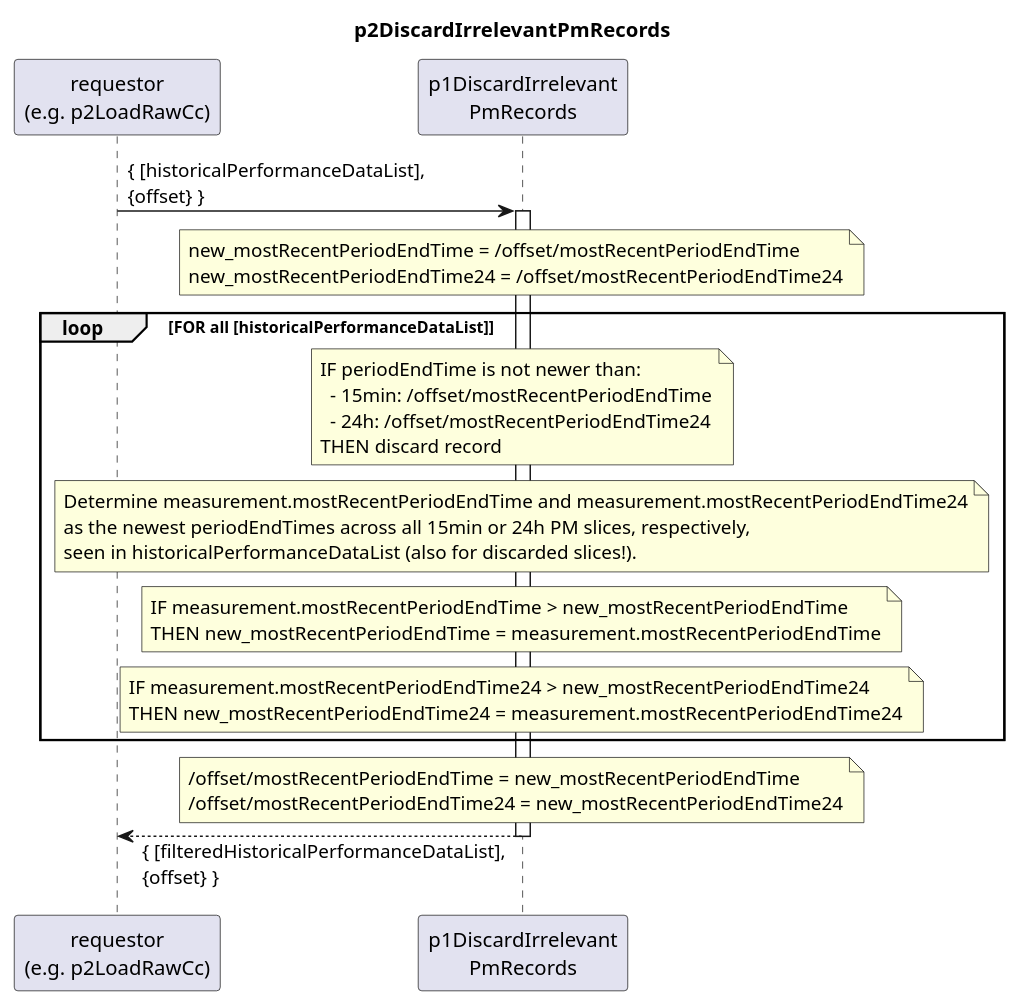
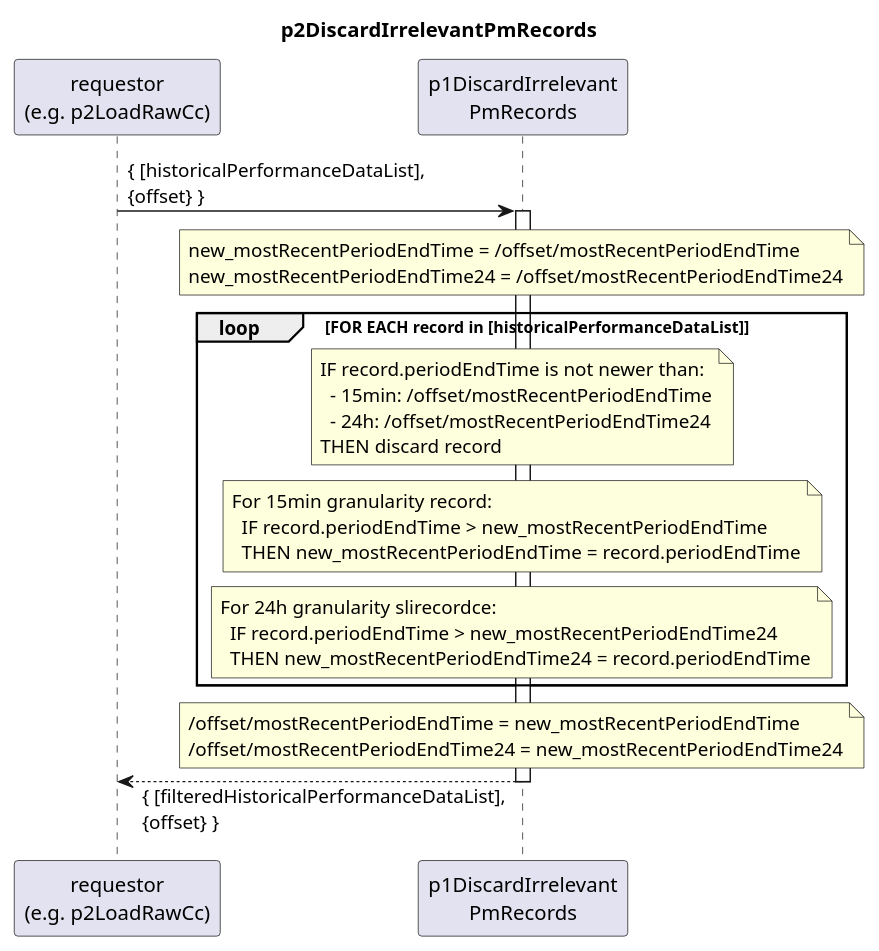
The diagram in spec/Functions/p1StreamPmData/p1ProcessDevice/p2LoadRawCc/p2DiscardIrrelevantPmRecords/1.0.0/p2DiscardIrrelevantPmRecords.plantuml (openBackhaul/DevicePerformanceManagementDataProcessor), drawn with PlantUML before and after one commit. The commit also changed 3 other files, not shown here.

Commit message:
simplify diagram

```diff
--- a/spec/Functions/p1StreamPmData/p1ProcessDevice/p2LoadRawCc/p2DiscardIrrelevantPmRecords/1.0.0/p2DiscardIrrelevantPmRecords.plantuml
+++ b/spec/Functions/p1StreamPmData/p1ProcessDevice/p2LoadRawCc/p2DiscardIrrelevantPmRecords/1.0.0/p2DiscardIrrelevantPmRecords.plantuml
@@ -1,57 +1,52 @@
 @startuml p2DiscardIrrelevantPmRecords
 skinparam responseMessageBelowArrow true
 
 title
   p2DiscardIrrelevantPmRecords
 end title
 
 participant "requestor\n(e.g. p2LoadRawCc)" as requestor
 participant "p1DiscardIrrelevant\nPmRecords" as cur
 
 
 requestor -> cur: { [historicalPerformanceDataList],\n{offset} }
 activate cur
 
 note over cur
   new_mostRecentPeriodEndTime = /offset/mostRecentPeriodEndTime
   new_mostRecentPeriodEndTime24 = /offset/mostRecentPeriodEndTime24
 end note
 
-loop FOR all [historicalPerformanceDataList]
+loop FOR EACH record in [historicalPerformanceDataList]
 
   note over cur
-    IF periodEndTime is not newer than:
+    IF record.periodEndTime is not newer than:
       - 15min: /offset/mostRecentPeriodEndTime
       - 24h: /offset/mostRecentPeriodEndTime24
     THEN discard record
   end note
 
   note over cur
-    Determine measurement.mostRecentPeriodEndTime and measurement.mostRecentPeriodEndTime24
-    as the newest periodEndTimes across all 15min or 24h PM slices, respectively,
-    seen in historicalPerformanceDataList (also for discarded slices!).
-  end note
-
-
-  note over cur
-    IF measurement.mostRecentPeriodEndTime > new_mostRecentPeriodEndTime
-    THEN new_mostRecentPeriodEndTime = measurement.mostRecentPeriodEndTime
+    For 15min granularity record:
+      IF record.periodEndTime > new_mostRecentPeriodEndTime
+      THEN new_mostRecentPeriodEndTime = record.periodEndTime
   end note
 
   note over cur
-    IF measurement.mostRecentPeriodEndTime24 > new_mostRecentPeriodEndTime24
-    THEN new_mostRecentPeriodEndTime24 = measurement.mostRecentPeriodEndTime24
+    For 24h granularity slirecordce:
+      IF record.periodEndTime > new_mostRecentPeriodEndTime24
+      THEN new_mostRecentPeriodEndTime24 = record.periodEndTime
   end note
 
 end loop
 
 note over cur
   /offset/mostRecentPeriodEndTime = new_mostRecentPeriodEndTime
   /offset/mostRecentPeriodEndTime24 = new_mostRecentPeriodEndTime24
 end note
 
 requestor <-- cur: { [filteredHistoricalPerformanceDataList],\n{offset} }
 
 deactivate cur
 
 @enduml
```
